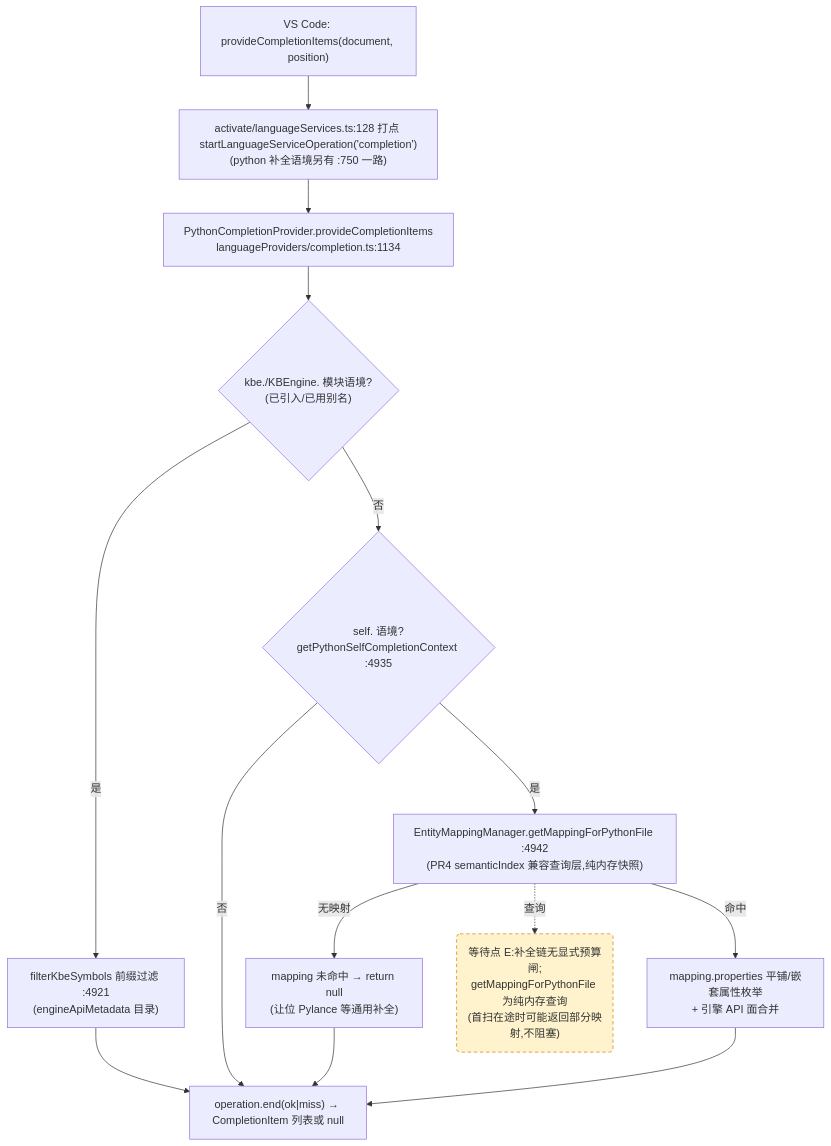
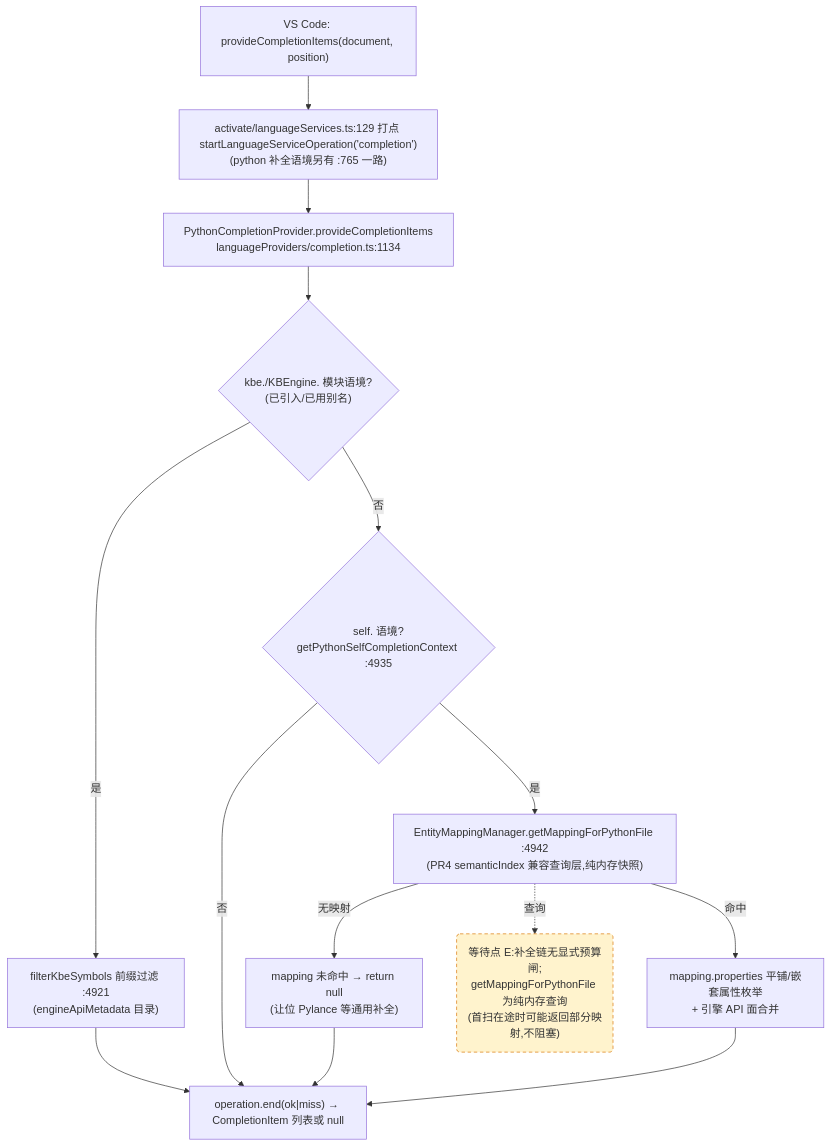
The third of 4 diagrams in docs/perf/2026-baseline.md (cuihairu/kode), drawn with Mermaid before and after one commit. The commit also changed other lines of this file and 16 other files, not shown here.

````diff
--- a/docs/perf/2026-baseline.md
+++ b/docs/perf/2026-baseline.md
@@ -199,27 +200,27 @@
 ```mermaid
 flowchart TD
   VC3["VS Code: provideCompletionItems(document, position)"]
-  M3["activate/languageServices.ts:128 打点 startLanguageServiceOperation('completion')<br/>(python 补全语境另有 :750 一路)"]
+  M3["activate/languageServices.ts:129 打点 startLanguageServiceOperation('completion')<br/>(python 补全语境另有 :765 一路)"]
   CP["PythonCompletionProvider.provideCompletionItems<br/>languageProviders/completion.ts:1134"]
   KBEC{"kbe./KBEngine. 模块语境?<br/>(已引入/已用别名)"}
   FILTER["filterKbeSymbols 前缀过滤 :4921<br/>(engineApiMetadata 目录)"]
   SELFC{"self. 语境?<br/>getPythonSelfCompletionContext :4935"}
   MAP["EntityMappingManager.getMappingForPythonFile :4942<br/>(PR4 semanticIndex 兼容查询层,纯内存快照)"]
   NOMAP["mapping 未命中 → return null<br/>(让位 Pylance 等通用补全)"]
   PROPS["mapping.properties 平铺/嵌套属性枚举<br/>+ 引擎 API 面合并"]
   END3["operation.end(ok|miss) → CompletionItem 列表或 null"]
 
   VC3 --> M3 --> CP --> KBEC
   KBEC -- "是" --> FILTER --> END3
   KBEC -- "否" --> SELFC
   SELFC -- "否" --> END3
   SELFC -- "是" --> MAP
   MAP -- "无映射" --> NOMAP --> END3
   MAP -- "命中" --> PROPS --> END3
 
   WAITE("等待点 E:补全链无显式预算闸;<br/>getMappingForPythonFile 为纯内存查询<br/>(首扫在途时可能返回部分映射,不阻塞)")
   MAP -.->|查询| WAITE
 
   classDef waitPoint fill:#fff3cd,stroke:#d97706,stroke-dasharray:5 4;
   class WAITE waitPoint;
 ```
````
